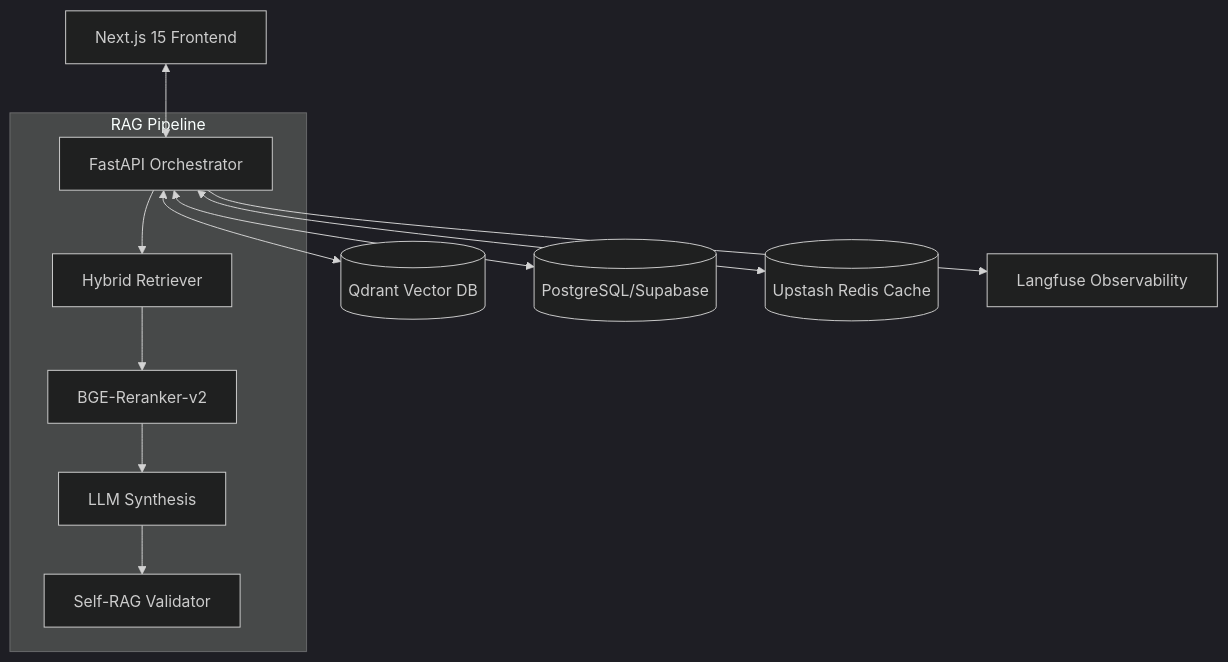
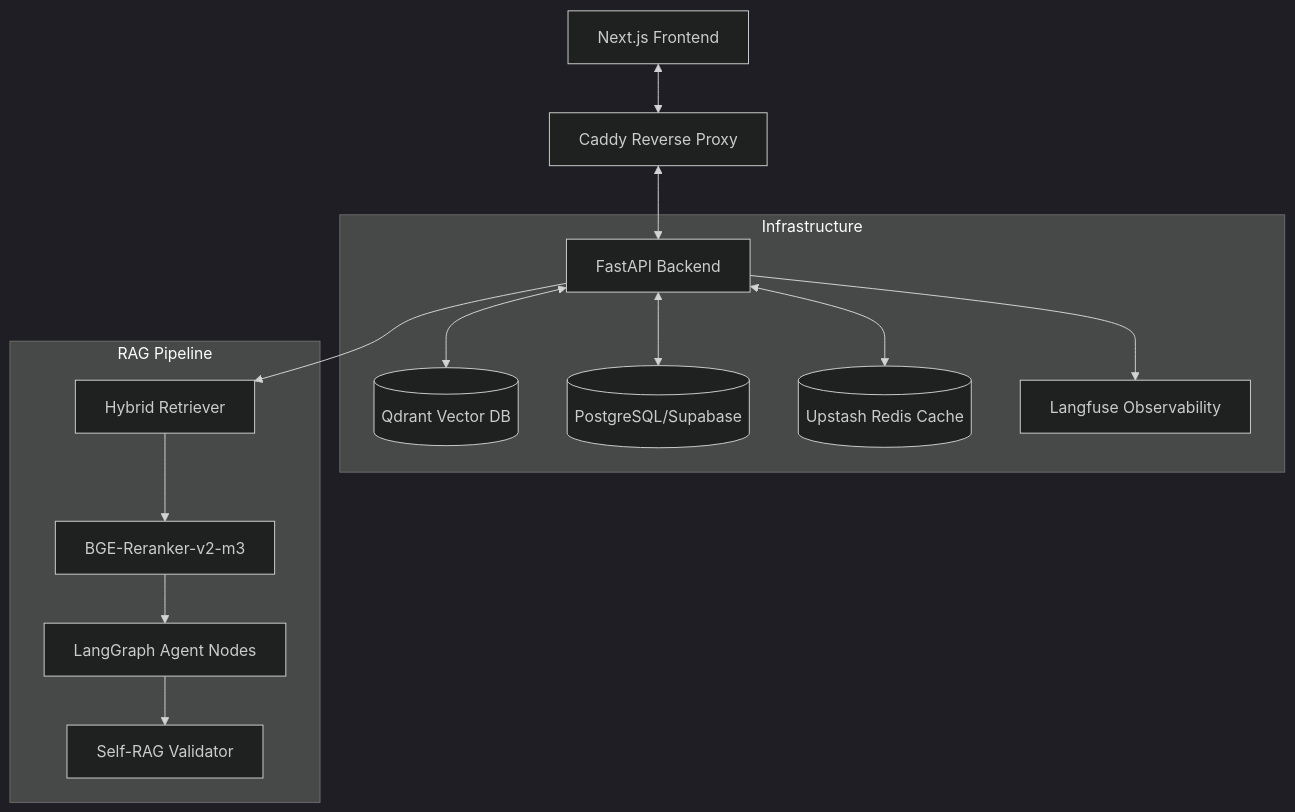
One commit to bellerophon95/nexus changed the diagram in README.md. Above: the diagram before and after it, drawn with Mermaid (dark theme). The commit also changed other lines of this file and 43 other files, not shown here.

````diff
--- a/README.md
+++ b/README.md
@@ -13,15 +13,19 @@
 ```mermaid
 graph TD
-    Client[Next.js 15 Frontend] <--> API[FastAPI Orchestrator]
-    API <--> Qdrant[(Qdrant Vector DB)]
-    API <--> Supabase[(PostgreSQL/Supabase)]
-    API <--> Redis[(Upstash Redis Cache)]
-    API --> Langfuse[Langfuse Observability]
+    Client[Next.js Frontend] <--> Caddy[Caddy Reverse Proxy]
+    Caddy <--> API[FastAPI Backend]
+    
+    subgraph "Infrastructure"
+        API <--> Qdrant[(Qdrant Vector DB)]
+        API <--> Supabase[(PostgreSQL/Supabase)]
+        API <--> Redis[(Upstash Redis Cache)]
+        API --> Langfuse[Langfuse Observability]
+    end
     
     subgraph "RAG Pipeline"
         API --> Retriever[Hybrid Retriever]
-        Retriever --> Reranker[BGE-Reranker-v2]
-        Reranker --> Analyst[LLM Synthesis]
-        Analyst --> Validator[Self-RAG Validator]
+        Retriever --> Reranker[BGE-Reranker-v2-m3]
+        Reranker --> Nodes[LangGraph Agent Nodes]
+        Nodes --> Validator[Self-RAG Validator]
     end
 ```
````
